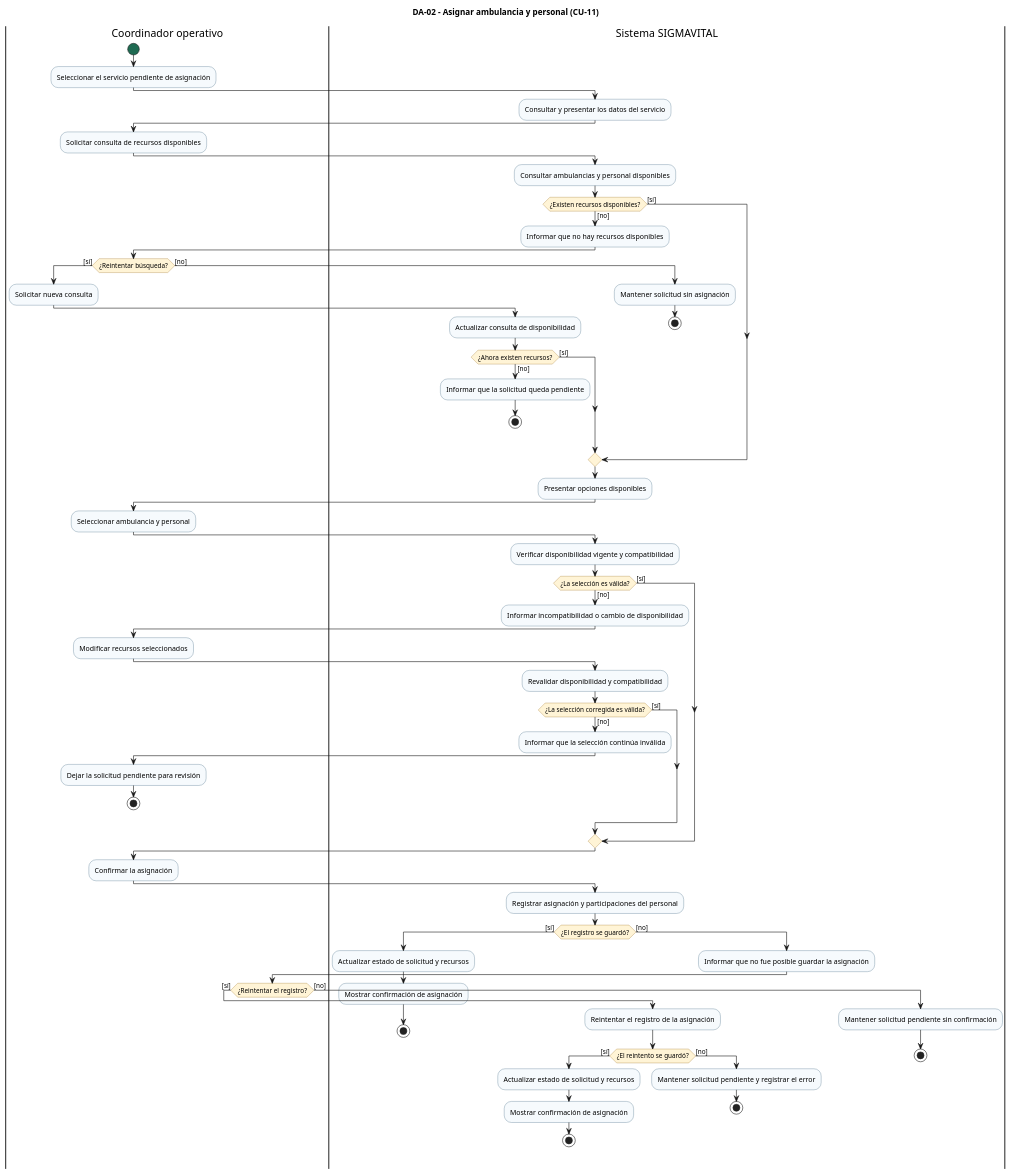
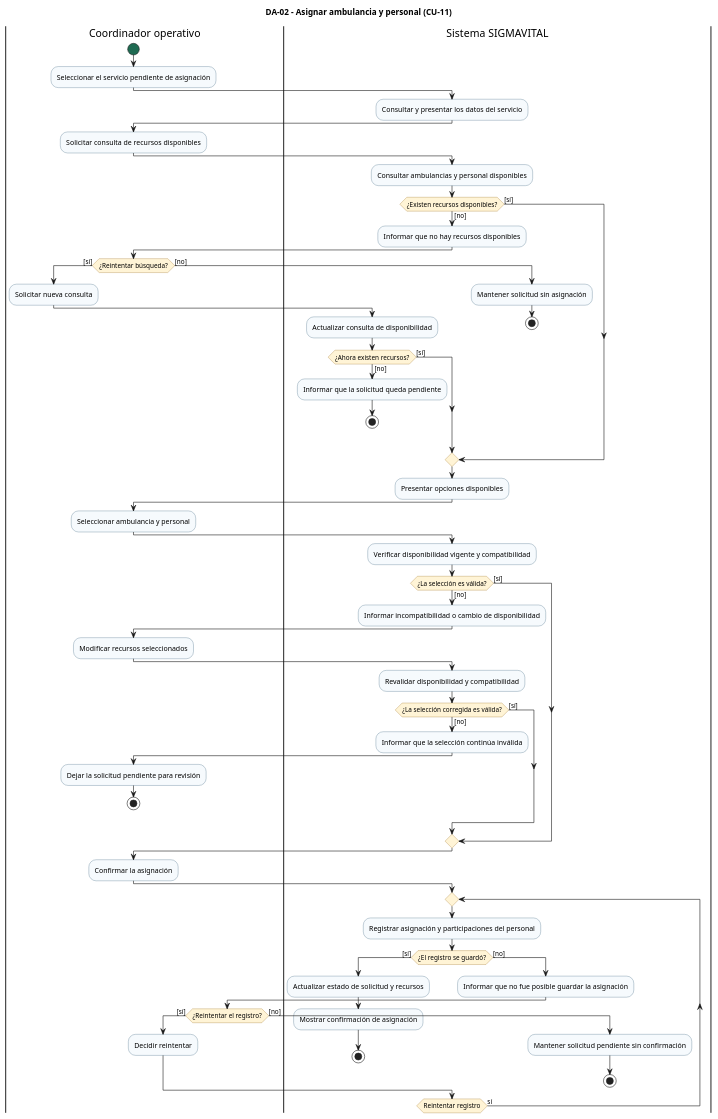
The diagram in 02-training-project/01-phase/02-planning/05-prototype/04-evidence-learning/02-diagramas-actividades/DA-02-Asignar-Ambulancia-CU11.puml (miguel18100/ADSO-3413974), drawn with PlantUML before and after one commit. The commit also changed other lines of this file and 22 other files, not shown here.

Commit message:
Corrige y actualiza diagramas de actividades

```diff
--- a/02-training-project/01-phase/02-planning/05-prototype/04-evidence-learning/02-diagramas-actividades/DA-02-Asignar-Ambulancia-CU11.puml
+++ b/02-training-project/01-phase/02-planning/05-prototype/04-evidence-learning/02-diagramas-actividades/DA-02-Asignar-Ambulancia-CU11.puml
@@ -1,88 +1,82 @@
 @startuml
  title DA-02 - Asignar ambulancia y personal (CU-11)
  skinparam shadowing false
  skinparam activity {
    BackgroundColor #F6FAFD
    BorderColor #315B78
    DiamondBackgroundColor #FFF4D6
    DiamondBorderColor #9A6B16
    StartColor #1F6B52
    EndColor #8A3B3B
  }
  |Coordinador operativo|
  start
  :Seleccionar el servicio pendiente de asignación;
  |Sistema SIGMAVITAL|
  :Consultar y presentar los datos del servicio;
  |Coordinador operativo|
  :Solicitar consulta de recursos disponibles;
  |Sistema SIGMAVITAL|
  :Consultar ambulancias y personal disponibles;
  if (¿Existen recursos disponibles?) then ([sí])
  else ([no])
    :Informar que no hay recursos disponibles;
    |Coordinador operativo|
    if (¿Reintentar búsqueda?) then ([sí])
      :Solicitar nueva consulta;
      |Sistema SIGMAVITAL|
      :Actualizar consulta de disponibilidad;
      if (¿Ahora existen recursos?) then ([sí])
      else ([no])
        :Informar que la solicitud queda pendiente;
        stop
      endif
    else ([no])
      |Sistema SIGMAVITAL|
      :Mantener solicitud sin asignación;
      stop
    endif
  endif
  :Presentar opciones disponibles;
  |Coordinador operativo|
  :Seleccionar ambulancia y personal;
  |Sistema SIGMAVITAL|
  :Verificar disponibilidad vigente y compatibilidad;
  if (¿La selección es válida?) then ([sí])
  else ([no])
    :Informar incompatibilidad o cambio de disponibilidad;
    |Coordinador operativo|
    :Modificar recursos seleccionados;
    |Sistema SIGMAVITAL|
    :Revalidar disponibilidad y compatibilidad;
    if (¿La selección corregida es válida?) then ([sí])
    else ([no])
      :Informar que la selección continúa inválida;
      |Coordinador operativo|
      :Dejar la solicitud pendiente para revisión;
      stop
    endif
  endif
  |Coordinador operativo|
  :Confirmar la asignación;
  |Sistema SIGMAVITAL|
- :Registrar asignación y participaciones del personal;
- if (¿El registro se guardó?) then ([sí])
-   :Actualizar estado de solicitud y recursos;
-   :Mostrar confirmación de asignación;
-   stop
- else ([no])
-   :Informar que no fue posible guardar la asignación;
-   |Coordinador operativo|
-   if (¿Reintentar el registro?) then ([sí])
-     |Sistema SIGMAVITAL|
-     :Reintentar el registro de la asignación;
-     if (¿El reintento se guardó?) then ([sí])
-       :Actualizar estado de solicitud y recursos;
-       :Mostrar confirmación de asignación;
-       stop
-     else ([no])
-       :Mantener solicitud pendiente y registrar el error;
-       stop
-     endif
-   else ([no])
-     |Sistema SIGMAVITAL|
-     :Mantener solicitud pendiente sin confirmación;
-     stop
-   endif
- endif
+ repeat
+  |Sistema SIGMAVITAL|
+  :Registrar asignación y participaciones del personal;
+  if (¿El registro se guardó?) then ([sí])
+    :Actualizar estado de solicitud y recursos;
+    :Mostrar confirmación de asignación;
+    stop
+  else ([no])
+    :Informar que no fue posible guardar la asignación;
+    |Coordinador operativo|
+    if (¿Reintentar el registro?) then ([sí])
+      :Decidir reintentar;
+    else ([no])
+      |Sistema SIGMAVITAL|
+      :Mantener solicitud pendiente sin confirmación;
+      stop
+    endif
+  endif
+repeat while (Reintentar registro) is (sí)
 @enduml
```
